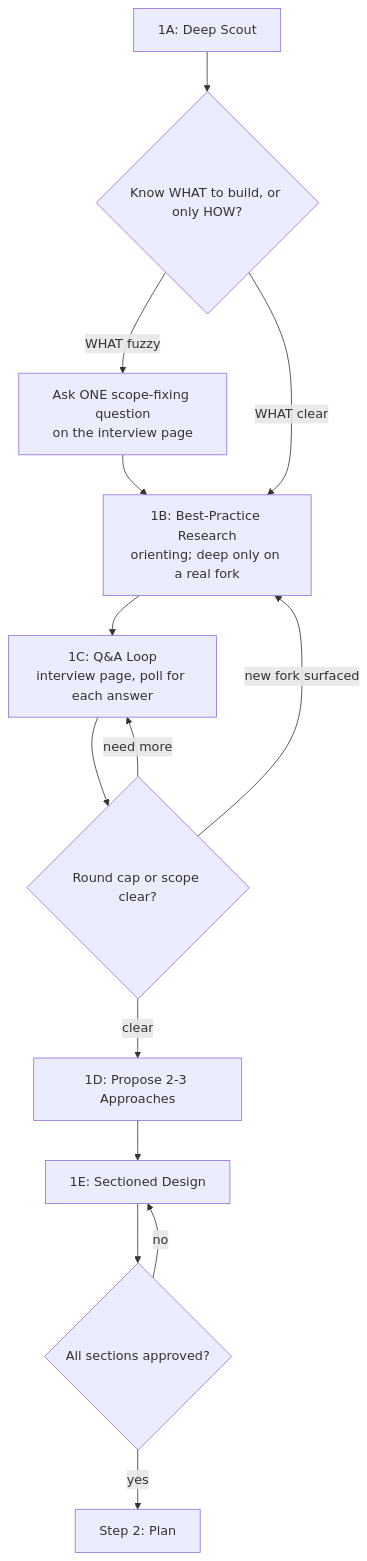
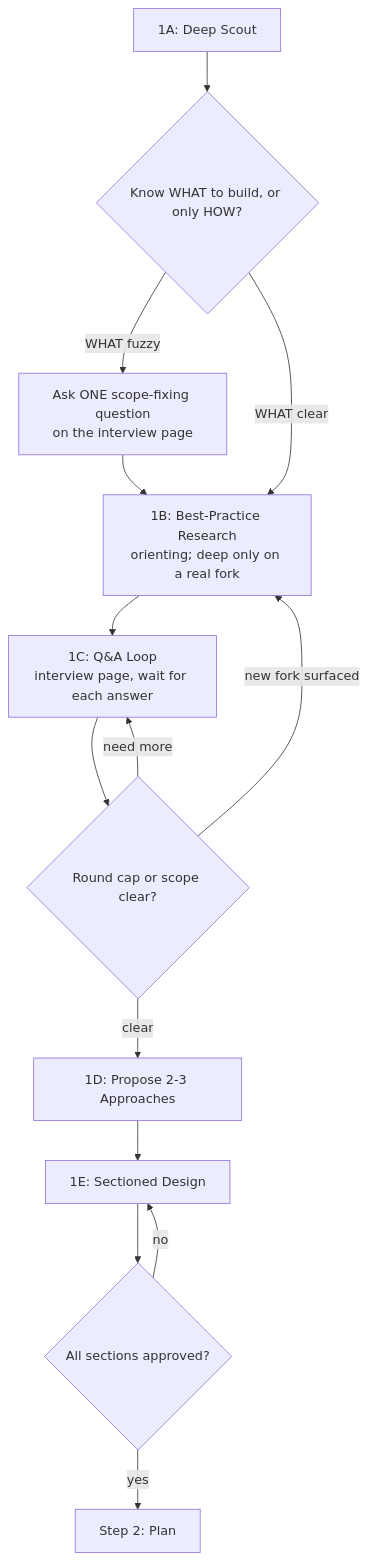
One commit to dphong1995/skills changed the diagram in skills/cook/references/design-phase.md. Above: the diagram before and after it, drawn with Mermaid. The commit also changed other lines of this file and 6 other files, not shown here.

First line of the commit message:
Wake the session from the interview page instead of polling for answers

````diff
--- a/skills/cook/references/design-phase.md
+++ b/skills/cook/references/design-phase.md
@@ -44,15 +44,15 @@
 ```mermaid
 flowchart TD
     A[1A: Deep Scout] --> W{Know WHAT to build, or only HOW?}
     W -->|WHAT fuzzy| Q0[Ask ONE scope-fixing question<br/>on the interview page] --> R
     W -->|WHAT clear| R[1B: Best-Practice Research<br/>orienting; deep only on a real fork]
-    R --> B[1C: Q&A Loop<br/>interview page, poll for each answer]
+    R --> B[1C: Q&A Loop<br/>interview page, wait for each answer]
     B --> C{Round cap or scope clear?}
     C -->|need more| B
     C -->|new fork surfaced| R
     C -->|clear| D[1D: Propose 2-3 Approaches]
     D --> E[1E: Sectioned Design]
     E --> F{All sections approved?}
     F -->|no| E
     F -->|yes| G[Step 2: Plan]
 ```
````
